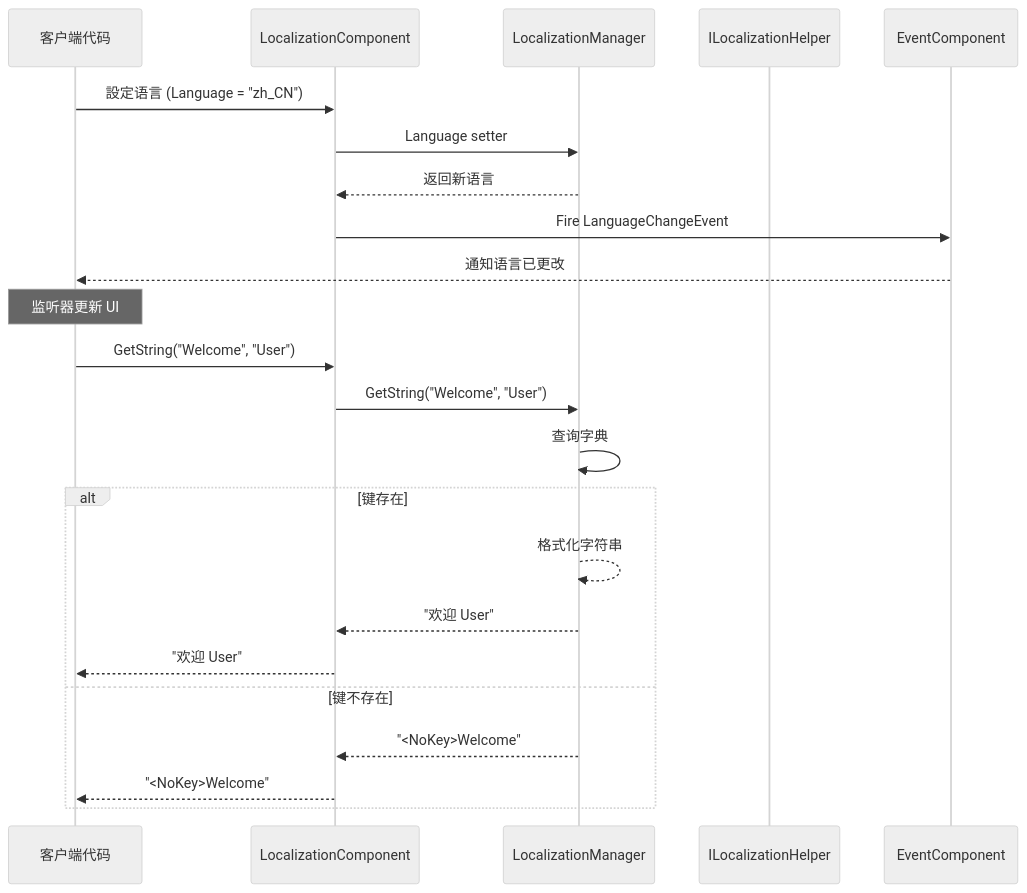
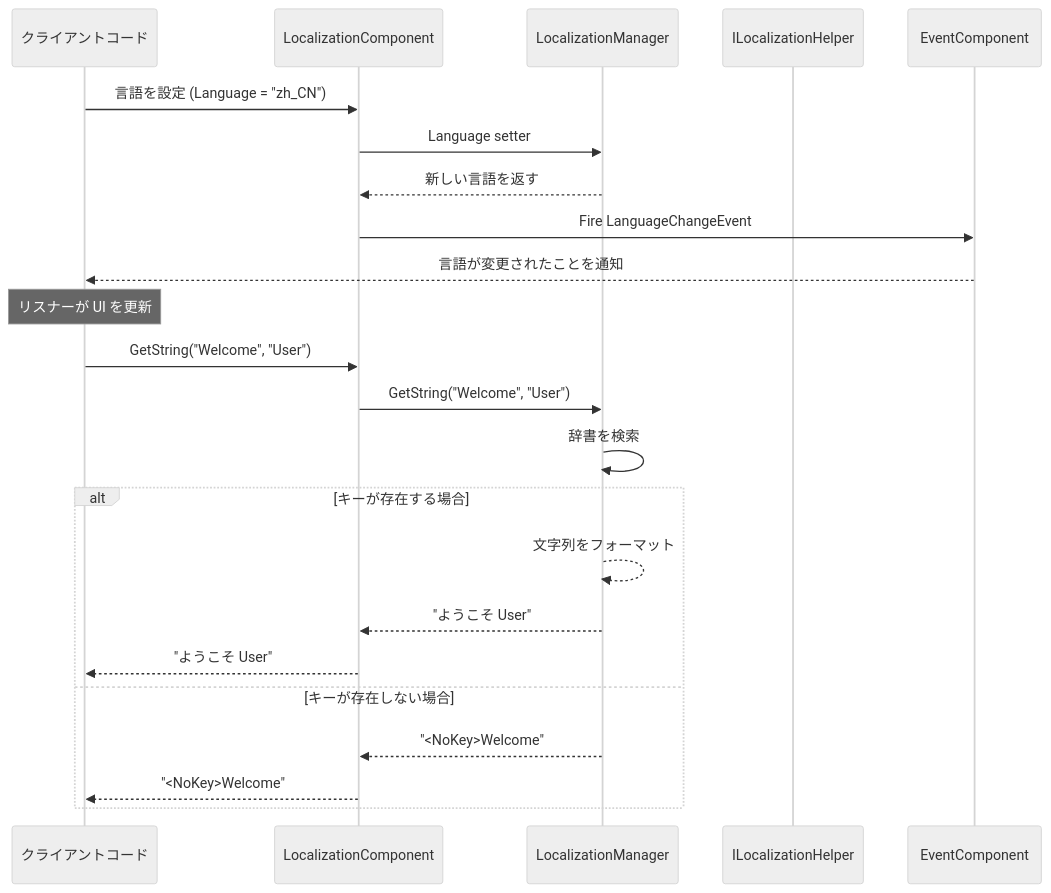
One commit to AlianBlank/GameFrameX.Docs changed the second of 2 diagrams in docs/ja/client/unity/component/localization/09.api-reference.md. Above: the diagram before and after it, drawn with Mermaid (neutral theme). The commit also changed other lines of this file and 320 other files, not shown here.

````diff
--- a/docs/ja/client/unity/component/localization/09.api-reference.md
+++ b/docs/ja/client/unity/component/localization/09.api-reference.md
@@ -450,27 +450,27 @@
 ```mermaid
 sequenceDiagram
-    participant Client as 客户端代码
+    participant Client as クライアントコード
     participant LC as LocalizationComponent
     participant LM as LocalizationManager
     participant LH as ILocalizationHelper
     participant Event as EventComponent
 
-    Client->>LC: 設定语言 (Language = "zh_CN")
+    Client->>LC: 言語を設定 (Language = "zh_CN")
     LC->>LM: Language setter
-    LM-->>LC: 返回新语言
+    LM-->>LC: 新しい言語を返す
     LC->>Event: Fire LanguageChangeEvent
-    Event-->>Client: 通知语言已更改
-    Note over Client: 监听器更新 UI
+    Event-->>Client: 言語が変更されたことを通知
+    Note over Client: リスナーが UI を更新
 
     Client->>LC: GetString("Welcome", "User")
     LC->>LM: GetString("Welcome", "User")
-    LM->>LM: 查询字典
-    alt 键存在
-        LM-->>LM: 格式化字符串
-        LM-->>LC: "欢迎 User"
-        LC-->>Client: "欢迎 User"
-    else 键不存在
+    LM->>LM: 辞書を検索
+    alt キーが存在する場合
+        LM-->>LM: 文字列をフォーマット
+        LM-->>LC: "ようこそ User"
+        LC-->>Client: "ようこそ User"
+    else キーが存在しない場合
         LM-->>LC: "<NoKey>Welcome"
         LC-->>Client: "<NoKey>Welcome"
     end
 ```
````
